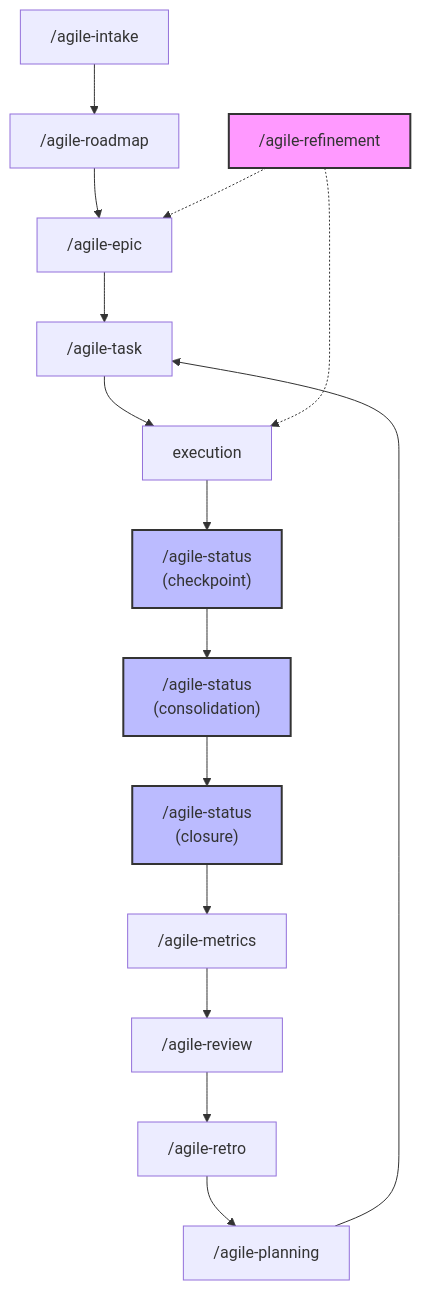
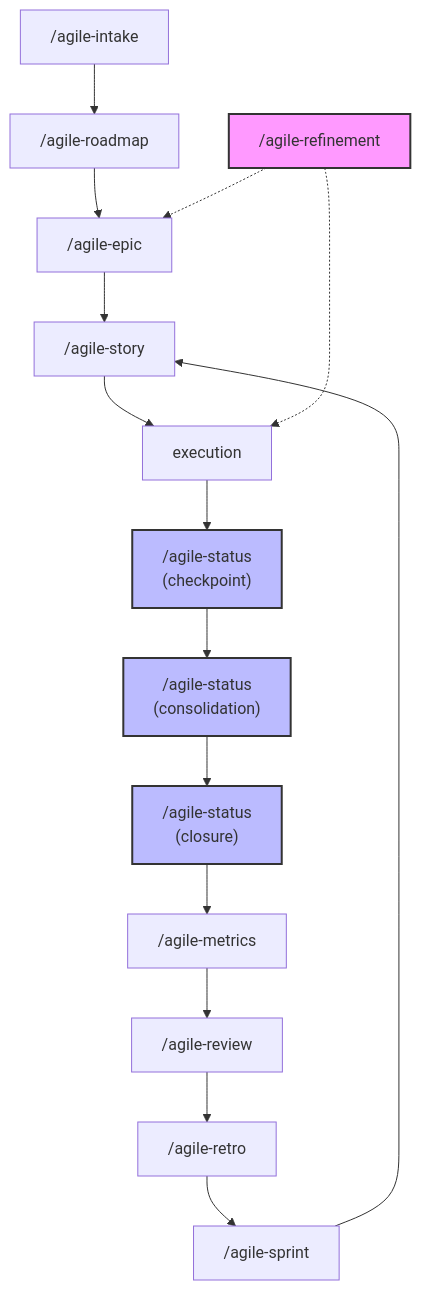
The diagram in docs/agile/README.md (djalmajr/essential-skills), drawn with Mermaid before and after one commit. The commit also changed other lines of this file and 33 other files, not shown here.

First line of the commit message:
refactor(skills): rename agile-planning→agile-sprint, agile-task→agile-story

````diff
--- a/docs/agile/README.md
+++ b/docs/agile/README.md
@@ -7,23 +7,23 @@
 ```mermaid
 flowchart TD
     A["/agile-intake"] --> B["/agile-roadmap"]
     B --> C["/agile-epic"]
-    C --> D["/agile-task"]
+    C --> D["/agile-story"]
     D --> E[execution]
     E --> F["/agile-status<br>(checkpoint)"]
     F --> G["/agile-status<br>(consolidation)"]
     G --> H["/agile-status<br>(closure)"]
     H --> I["/agile-metrics"]
     I --> J["/agile-review"]
     J --> K["/agile-retro"]
-    K --> L["/agile-planning"]
+    K --> L["/agile-sprint"]
     L --> D
 
     M["/agile-refinement"] -.-> C
     M -.-> E
 
     style M fill:#f9f,stroke:#333,stroke-width:2px
     style F fill:#bbf,stroke:#333,stroke-width:2px
     style G fill:#bbf,stroke:#333,stroke-width:2px
     style H fill:#bbf,stroke:#333,stroke-width:2px
 ```
````
